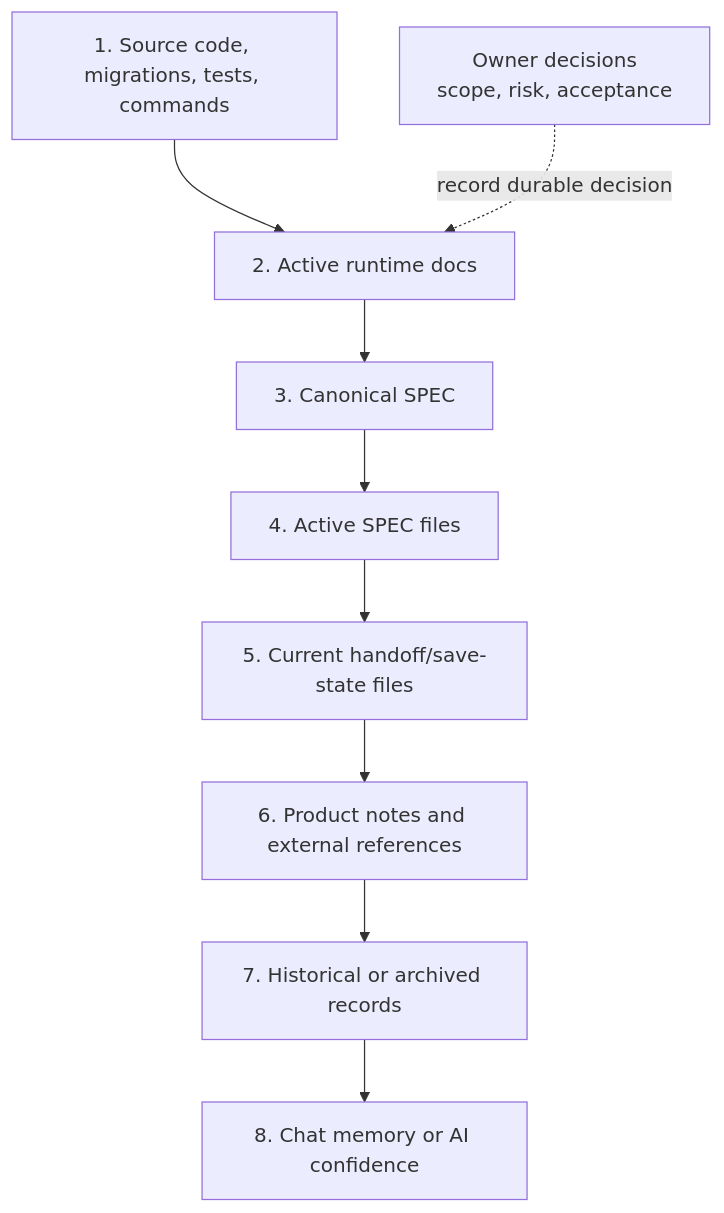
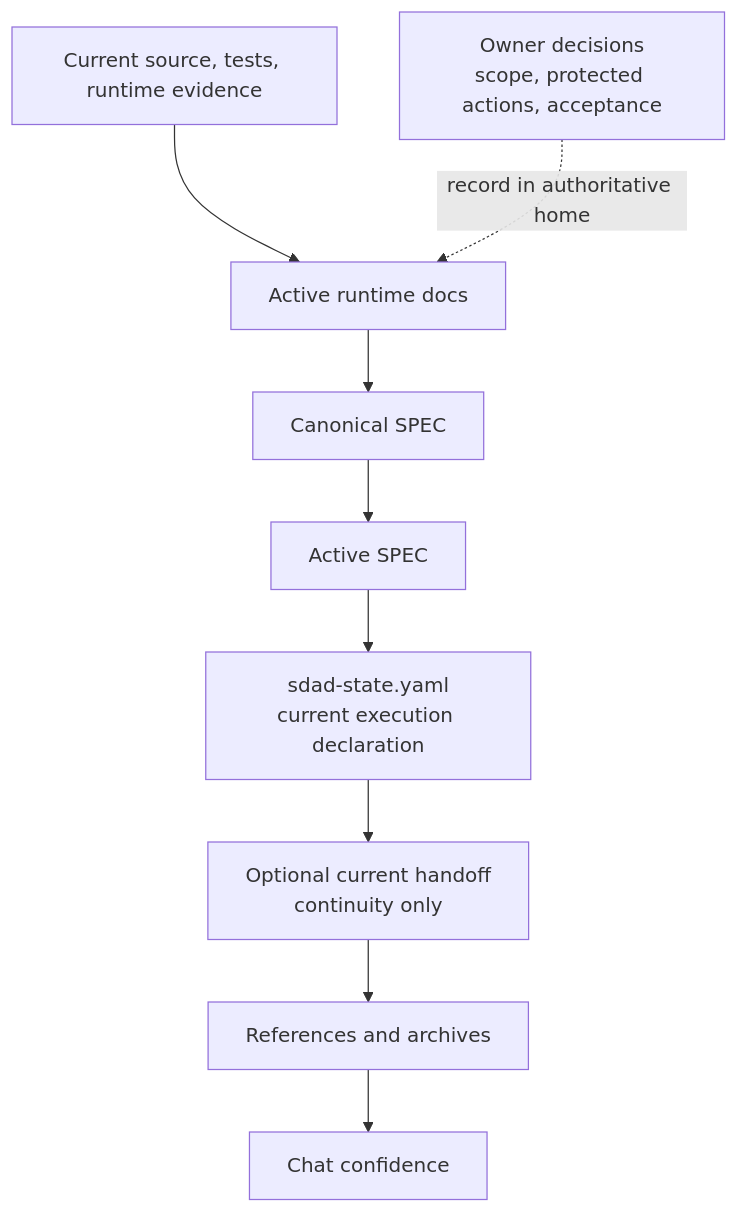
Before and after one commit to LiveTrack-X/spec-driven-ai-development: the third of 7 diagrams in docs/diagrams.md, drawn with Mermaid. The commit also changed other lines of this file and 21 other files, not shown here.

````diff
--- a/docs/diagrams.md
+++ b/docs/diagrams.md
@@ -45,11 +42,11 @@
 ```mermaid
 flowchart TD
-    S1["1. Source code, migrations, tests, commands"] --> S2["2. Active runtime docs"]
-    S2 --> S3["3. Canonical SPEC"]
-    S3 --> S4["4. Active SPEC files"]
-    S4 --> S5["5. Current handoff/save-state files"]
-    S5 --> S6["6. Product notes and external references"]
-    S6 --> S7["7. Historical or archived records"]
-    S7 --> S8["8. Chat memory or AI confidence"]
-    O["Owner decisions\nscope, risk, acceptance"] -. "record durable decision" .-> S2
+    E["Current source, tests, runtime evidence"] --> RD["Active runtime docs"]
+    RD --> CS["Canonical SPEC"]
+    CS --> AS["Active SPEC"]
+    AS --> ST["sdad-state.yaml\ncurrent execution declaration"]
+    ST --> CH["Optional current handoff\ncontinuity only"]
+    CH --> REF["References and archives"]
+    REF --> CHAT["Chat confidence"]
+    OD["Owner decisions\nscope, protected actions, acceptance"] -. "record in authoritative home" .-> RD
 ```
````
